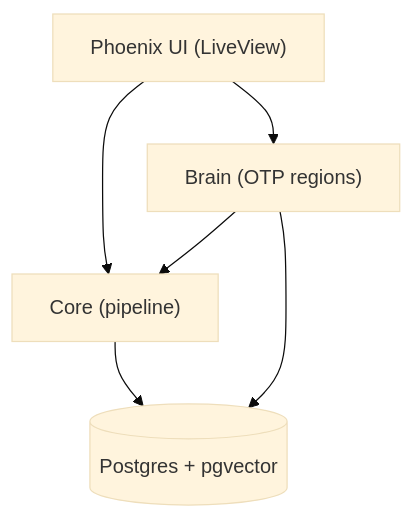
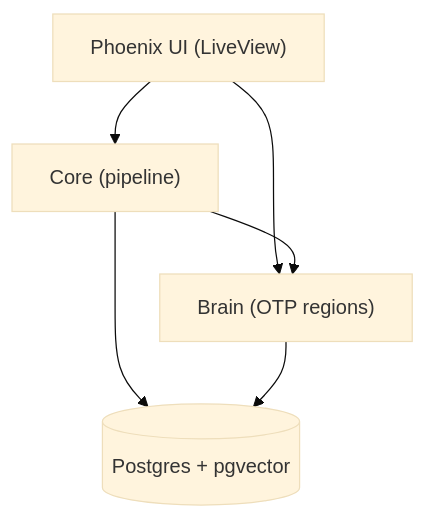
Before and after one commit to bushman77/Symbrella: the diagram in README.md, drawn with Mermaid (base theme). The commit also changed other lines of this file and 11 other files, not shown here.

````diff
--- a/README.md
+++ b/README.md
@@ -256,13 +256,13 @@
 ```mermaid
 flowchart TD
   A["Phoenix UI (LiveView)"]
   B["Brain (OTP regions)"]
   C["Core (pipeline)"]
   D[(Postgres + pgvector)]
 
+  A --> C
   A --> B
-  A --> C
-  B --> C
+  C --> B
   C --> D
   B --> D
 ```
````
